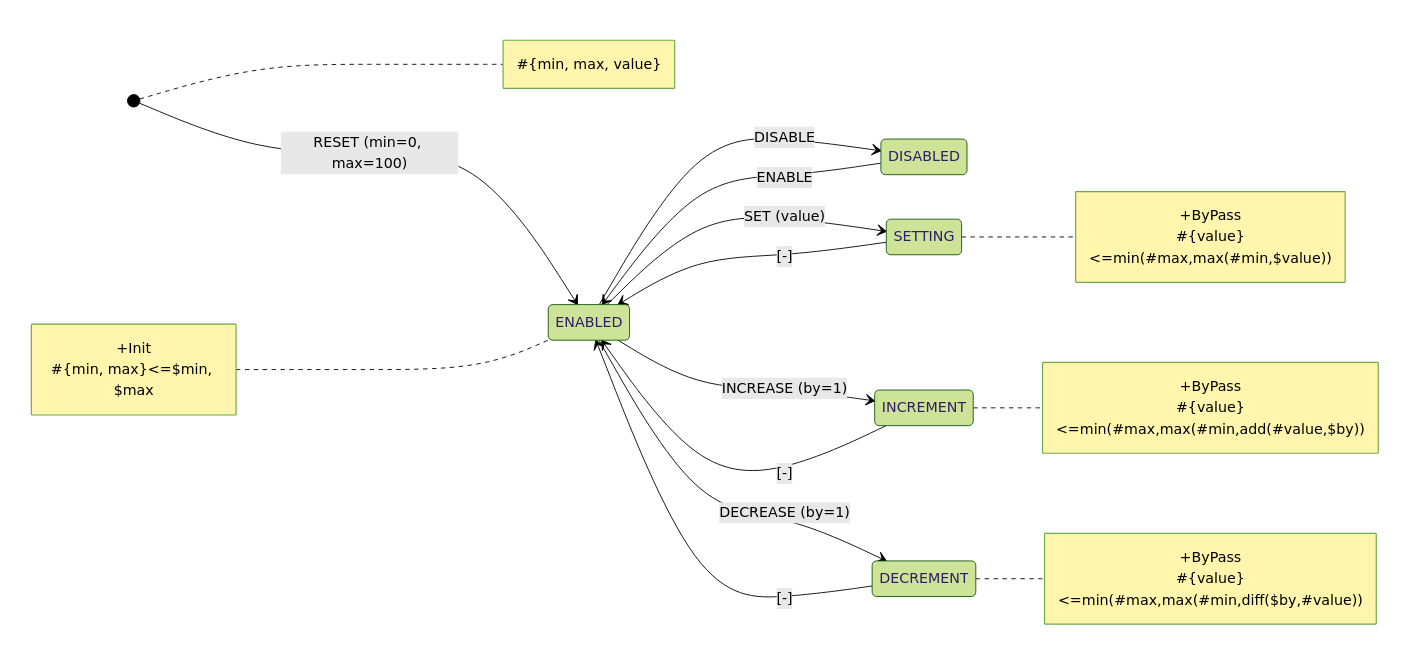
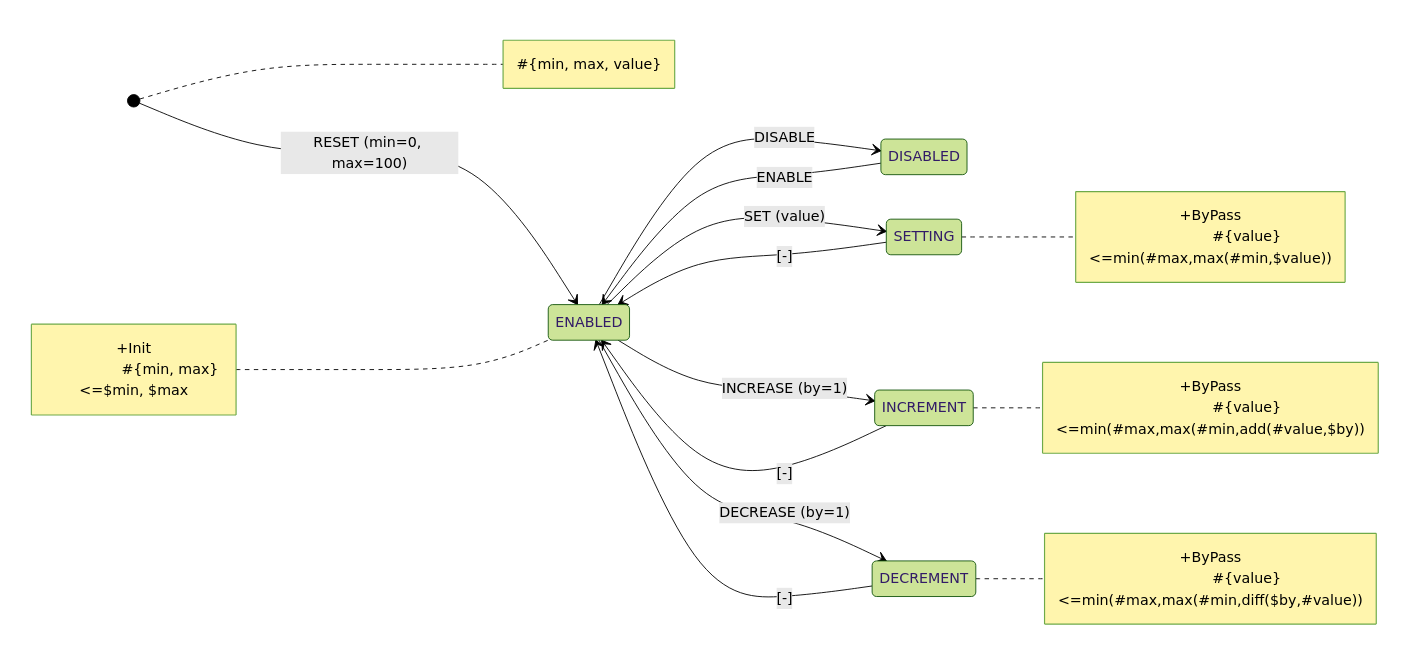
The first of 12 diagrams in docs/index.md (tfcp68/yantrix), drawn with Mermaid (forest theme) before and after one commit. The commit also changed other lines of this file and 2 other files, not shown here.

````diff
--- a/docs/index.md
+++ b/docs/index.md
@@ -17,32 +17,32 @@
 ```mermaid
 stateDiagram-v2
 	direction LR
 	[*] --> ENABLED: RESET (min=0, max=100)
 	ENABLED --> DISABLED: DISABLE
 	DISABLED --> ENABLED: ENABLE
 	ENABLED --> SETTING: SET (value)
 	SETTING --> ENABLED: [-]
 	ENABLED --> INCREMENT: INCREASE (by=1)
 	INCREMENT --> ENABLED: [-]
 	ENABLED --> DECREMENT: DECREASE (by=1)
 	DECREMENT --> ENABLED: [-]
+	note left of ENABLED
+		+Init
+		#{min, max}<=$min, $max
+	end note
+	note right of SETTING
+		+ByPass
+		#{value}<=min(#max,max(#min,$value))
+	end note
+	note right of INCREMENT
+		+ByPass
+		#{value}<=min(#max,max(#min,add(#value,$by))
+	end note
+	note right of DECREMENT
+		+ByPass
+		#{value}<=min(#max,max(#min,diff($by,#value))
+	end note
 note right of [*]
 #{min, max, value}
 end note
-note left of ENABLED
-+Init
-#{min, max}<=$min, $max
-end note
-note right of SETTING
-+ByPass
-#{value}<=min(#max,max(#min,$value))
-end note
-note right of INCREMENT
-+ByPass
-#{value}<=min(#max,max(#min,add(#value,$by))
-end note
-note right of DECREMENT
-+ByPass
-#{value}<=min(#max,max(#min,diff($by,#value))
-end note
 ```
````
